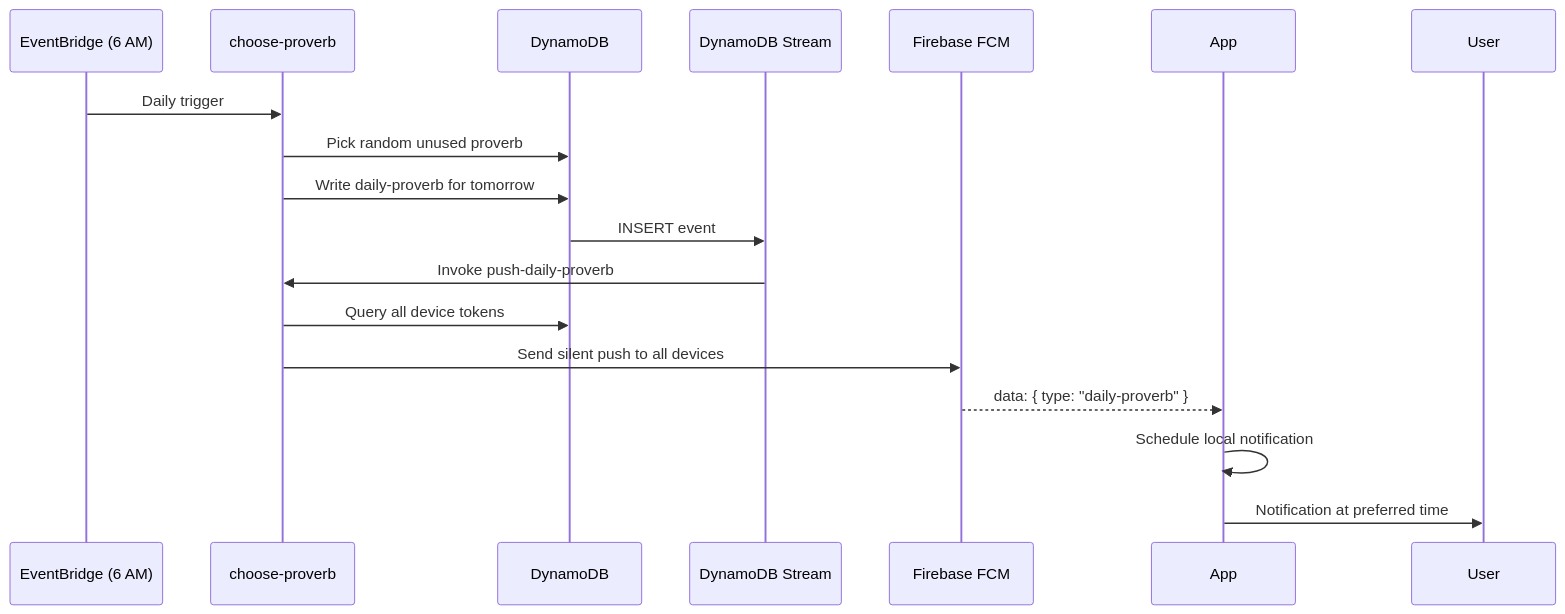
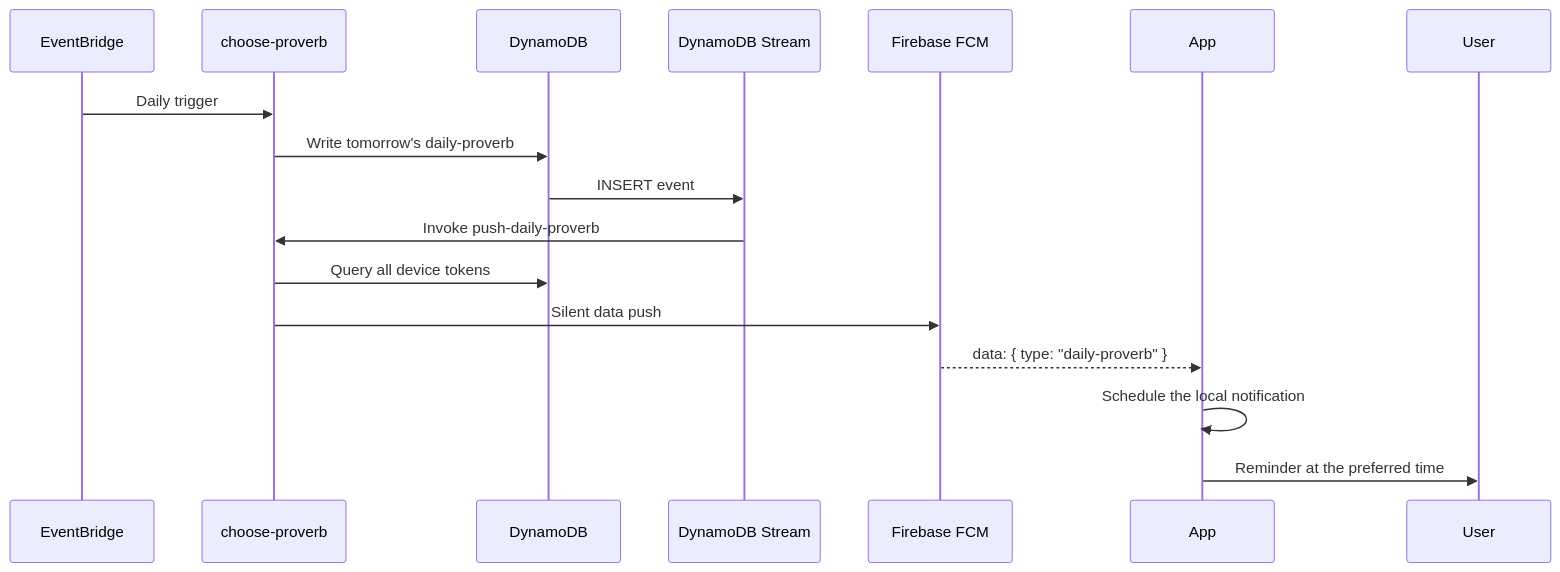
The fourth of 5 diagrams in README.md (joshp93/LemuelApp), drawn with Mermaid before and after one commit. The commit also changed other lines of this file and 47 other files, not shown here.

````diff
--- a/README.md
+++ b/README.md
@@ -106,20 +113,19 @@
 ```mermaid
 sequenceDiagram
-    participant Cron as EventBridge (6 AM)
+    participant Cron as EventBridge
     participant Lambda as choose-proverb
     participant DB as DynamoDB
     participant Stream as DynamoDB Stream
     participant FCM as Firebase FCM
     participant App
 
     Cron->>Lambda: Daily trigger
-    Lambda->>DB: Pick random unused proverb
-    Lambda->>DB: Write daily-proverb for tomorrow
+    Lambda->>DB: Write tomorrow's daily-proverb
     DB->>Stream: INSERT event
     Stream->>Lambda: Invoke push-daily-proverb
     Lambda->>DB: Query all device tokens
-    Lambda->>FCM: Send silent push to all devices
+    Lambda->>FCM: Silent data push
     FCM-->>App: data: { type: "daily-proverb" }
-    App->>App: Schedule local notification
-    App->>User: Notification at preferred time
+    App->>App: Schedule the local notification
+    App->>User: Reminder at the preferred time
 ```
````
